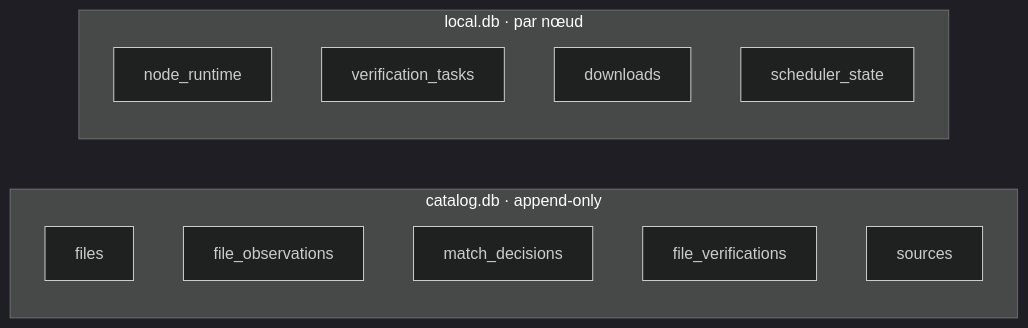
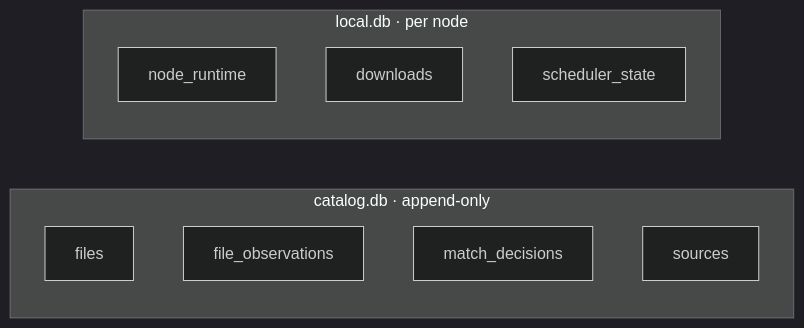
One commit to GeoffreyCoulaud/mulewatch changed the ninth of 10 diagrams in docs/architecture.md. Above: the diagram before and after it, drawn with Mermaid (dark theme). The commit also changed other lines of this file and 14 other files, not shown here.

````diff
--- a/docs/architecture.md
+++ b/docs/architecture.md
@@ -283,16 +282,14 @@
 ```mermaid
 flowchart LR
   subgraph cat["catalog.db · append-only"]
     f["files"]
     fo["file_observations"]
     md["match_decisions"]
-    fv["file_verifications"]
     src["sources"]
   end
-  subgraph loc["local.db · par nœud"]
+  subgraph loc["local.db · per node"]
     nr["node_runtime"]
-    vt["verification_tasks"]
     dl["downloads"]
     ss["scheduler_state"]
   end
 ```
````
